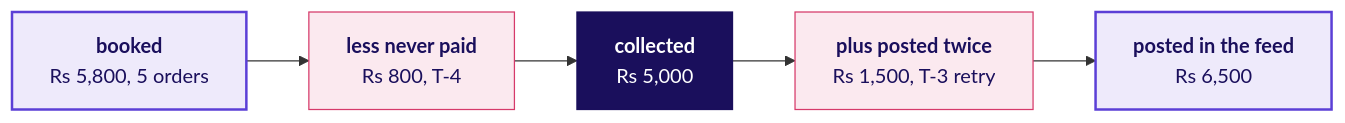
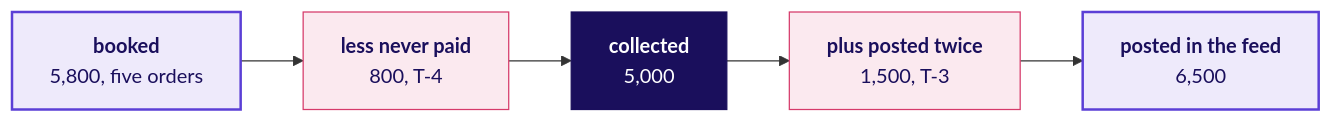
One commit to fde-academy-lab/c2-content-factory changed the second of 2 diagrams in content/W02/D2/study-notes/C2_W02_D02_notes_STUDENT.md. Above: the diagram before and after it, drawn with Mermaid. The commit also changed other lines of this file and 10 other files, not shown here.

````diff
--- a/content/W02/D2/study-notes/C2_W02_D02_notes_STUDENT.md
+++ b/content/W02/D2/study-notes/C2_W02_D02_notes_STUDENT.md
@@ -68,13 +85,13 @@
 ```mermaid
 flowchart LR
-    B["<b>booked</b><br/>Rs 5,800, 5 orders"] --> U["<b>less never paid</b><br/>Rs 800, T-4"]
-    U --> C["<b>collected</b><br/>Rs 5,000"]
-    C --> R["<b>plus posted twice</b><br/>Rs 1,500, T-3 retry"]
-    R --> P["<b>posted in the feed</b><br/>Rs 6,500"]
+    B["<b>booked</b><br/>5,800, five orders"] --> U["<b>less never paid</b><br/>800, T-4"]
+    U --> C["<b>collected</b><br/>5,000"]
+    C --> R["<b>plus posted twice</b><br/>1,500, T-3"]
+    R --> P["<b>posted in the feed</b><br/>6,500"]
     classDef known fill:#EEEAFB,stroke:#5B3FD6,color:#1A0F5C,stroke-width:2px
     classDef bad fill:#FBE9EF,stroke:#D63A6A,color:#1A0F5C
     classDef bet fill:#1A0F5C,stroke:#1A0F5C,color:#FFFFFF
     class B,P known
     class U,R bad
     class C bet
 ```
````
